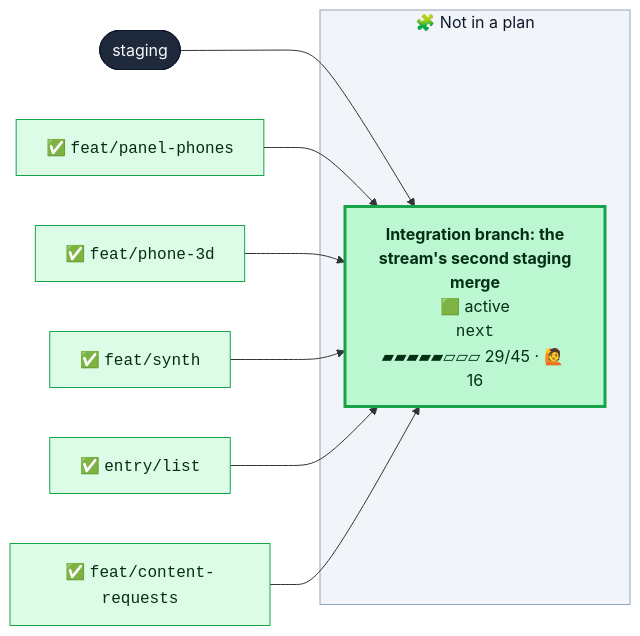
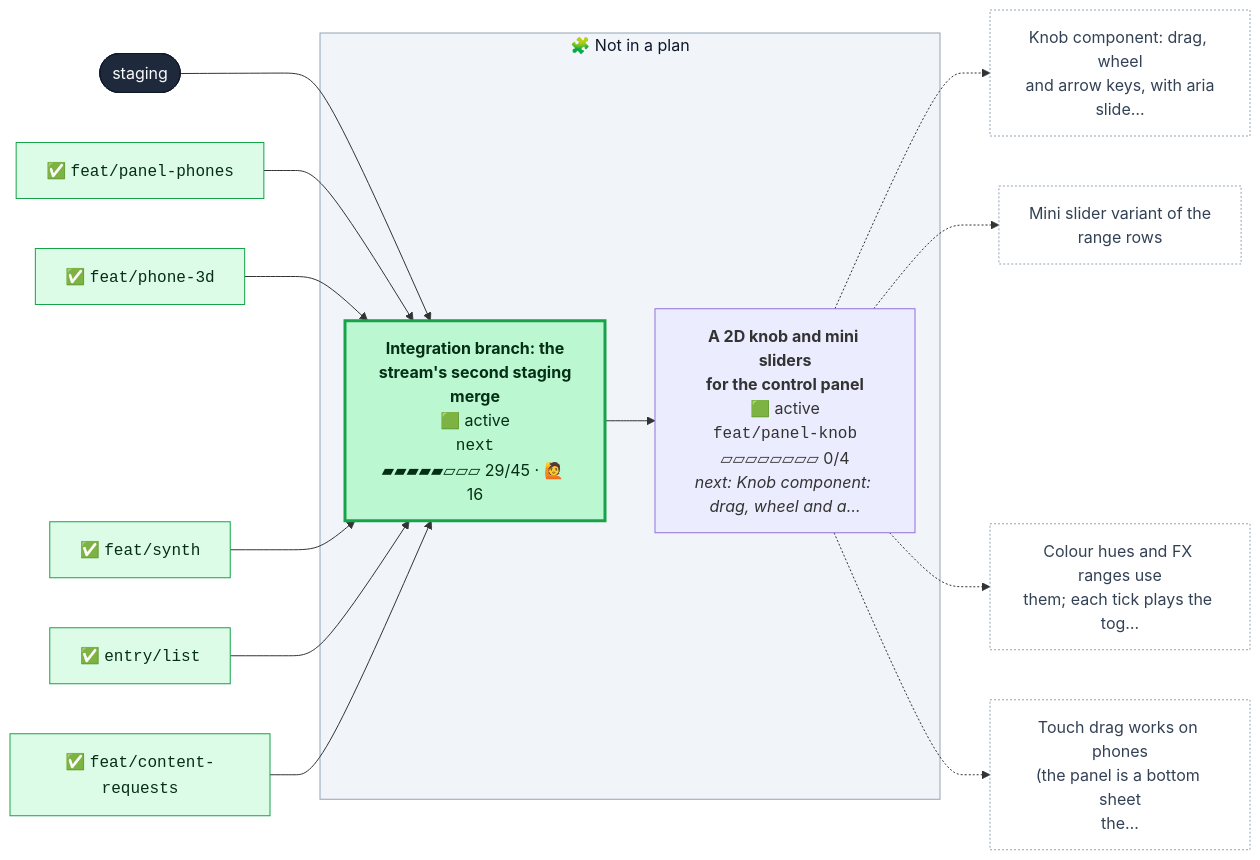
One commit to henryjonescodes/portfolio changed the first of 2 diagrams in CONTRIBUTING.md. Above: the diagram before and after it, drawn with Mermaid. The commit also changed other lines of this file, not shown here.

````diff
--- a/CONTRIBUTING.md
+++ b/CONTRIBUTING.md
@@ -16,35 +16,50 @@
 ```mermaid
 flowchart LR
   n_staging([staging])
   class n_staging trunk
   subgraph loose["🧩 Not in a plan"]
+    n_feat_panel_knob["<b>A 2D knob and mini sliders<br/>for the control panel</b><br/>🟩 active<br/><code>feat/panel-knob</code><br/>▱▱▱▱▱▱▱▱ 0/4<br/><i>next: Knob component: drag, wheel and a…</i>"]
+    class n_feat_panel_knob active,current
     n_next["<b>Integration branch: the<br/>stream's second staging<br/>merge</b><br/>🟩 active<br/><code>next</code><br/>▰▰▰▰▰▱▱▱ 29/45 · 🙋 16"]
     class n_next active
   end
   style loose fill:#f1f5f9,stroke:#94a3b8,color:#0f172a
+  n_next --> n_feat_panel_knob
   n_staging --> n_next
+  n_feat_panel_knob_t0["Knob component: drag, wheel<br/>and arrow keys, with aria<br/>slide…"]
+  class n_feat_panel_knob_t0 todo
+  n_feat_panel_knob -.-> n_feat_panel_knob_t0
+  n_feat_panel_knob_t1["Mini slider variant of the<br/>range rows"]
+  class n_feat_panel_knob_t1 todo
+  n_feat_panel_knob -.-> n_feat_panel_knob_t1
+  n_feat_panel_knob_t2["Colour hues and FX ranges use<br/>them; each tick plays the tog…"]
+  class n_feat_panel_knob_t2 todo
+  n_feat_panel_knob -.-> n_feat_panel_knob_t2
+  n_feat_panel_knob_t3["Touch drag works on phones<br/>(the panel is a bottom sheet<br/>the…"]
+  class n_feat_panel_knob_t3 todo
+  n_feat_panel_knob -.-> n_feat_panel_knob_t3
   n_next_m0["✅ <code>feat/panel-phones</code>"]
   class n_next_m0 merged
   n_next_m0 --> n_next
   n_next_m1["✅ <code>feat/phone-3d</code>"]
   class n_next_m1 merged
   n_next_m1 --> n_next
   n_next_m2["✅ <code>feat/synth</code>"]
   class n_next_m2 merged
   n_next_m2 --> n_next
   n_next_m3["✅ <code>entry/list</code>"]
   class n_next_m3 merged
   n_next_m3 --> n_next
   n_next_m4["✅ <code>feat/content-requests</code>"]
   class n_next_m4 merged
   n_next_m4 --> n_next
   classDef merged fill:#dcfce7,stroke:#16a34a,color:#052e16
   classDef todo fill:#ffffff,stroke:#94a3b8,stroke-dasharray:2 2,color:#334155
   classDef planned fill:#c7d2fe,stroke:#4f46e5,color:#1e1b4b
   classDef sketched fill:#f8fafc,stroke:#64748b,stroke-dasharray:4 3,color:#334155
   classDef active fill:#bbf7d0,stroke:#16a34a,stroke-width:3px,color:#052e16
   classDef review fill:#fde68a,stroke:#d97706,stroke-width:3px,color:#451a03
   classDef blocked fill:#fecaca,stroke:#dc2626,stroke-width:3px,color:#450a0a
   classDef trunk fill:#1e293b,stroke:#0f172a,color:#f8fafc
   classDef current stroke:#0ea5e9,stroke-width:5px
 ```
````
